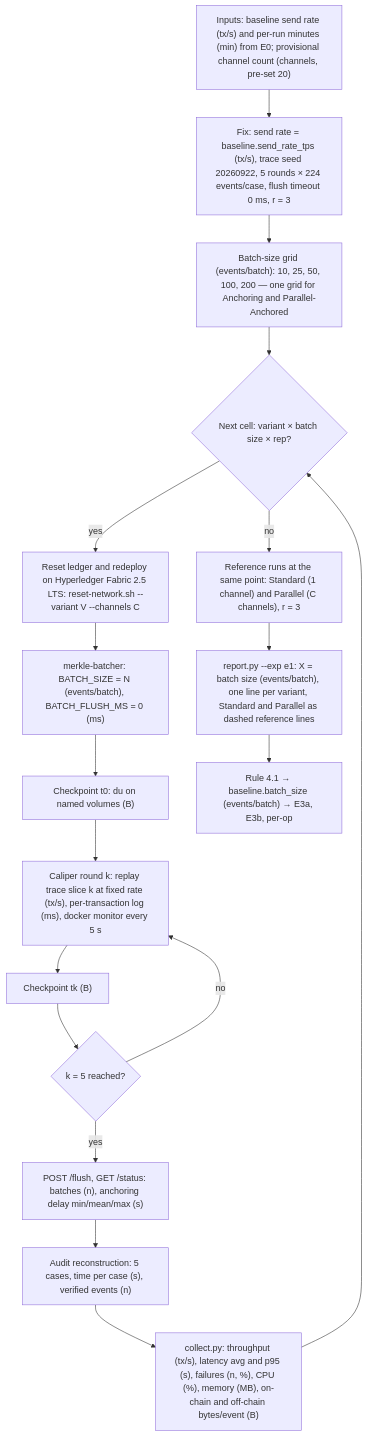
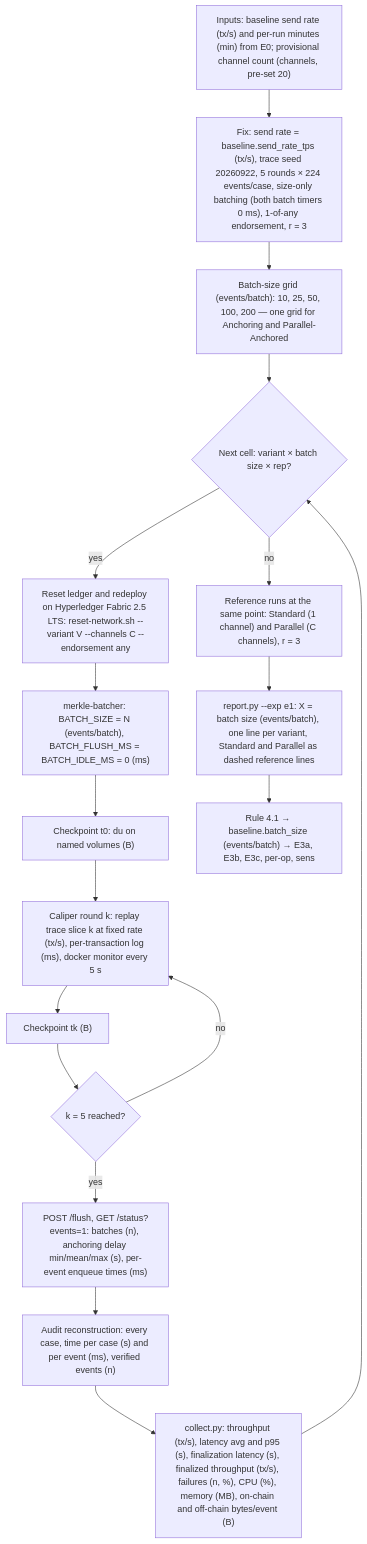
Before and after one commit to theflorist18/GLEIPNIR: the first of 3 diagrams in docs/methodology/experiments.md, drawn with Mermaid. The commit also changed other lines of this file and 56 other files, not shown here.

````diff
--- a/docs/methodology/experiments.md
+++ b/docs/methodology/experiments.md
@@ -246,20 +375,20 @@
 ```mermaid
 flowchart TD
-    A["Inputs: baseline send rate (tx/s) and per-run minutes (min) from E0; provisional channel count (channels, pre-set 20)"] --> B["Fix: send rate = baseline.send_rate_tps (tx/s), trace seed 20260922, 5 rounds × 224 events/case, flush timeout 0 ms, r = 3"]
+    A["Inputs: baseline send rate (tx/s) and per-run minutes (min) from E0; provisional channel count (channels, pre-set 20)"] --> B["Fix: send rate = baseline.send_rate_tps (tx/s), trace seed 20260922, 5 rounds × 224 events/case, size-only batching (both batch timers 0 ms), 1-of-any endorsement, r = 3"]
     B --> C["Batch-size grid (events/batch): 10, 25, 50, 100, 200 — one grid for Anchoring and Parallel-Anchored"]
     C --> D{"Next cell: variant × batch size × rep?"}
-    D -->|"yes"| E["Reset ledger and redeploy on Hyperledger Fabric 2.5 LTS: reset-network.sh --variant V --channels C"]
-    E --> F["merkle-batcher: BATCH_SIZE = N (events/batch), BATCH_FLUSH_MS = 0 (ms)"]
+    D -->|"yes"| E["Reset ledger and redeploy on Hyperledger Fabric 2.5 LTS: reset-network.sh --variant V --channels C --endorsement any"]
+    E --> F["merkle-batcher: BATCH_SIZE = N (events/batch), BATCH_FLUSH_MS = BATCH_IDLE_MS = 0 (ms)"]
     F --> G["Checkpoint t0: du on named volumes (B)"]
     G --> H["Caliper round k: replay trace slice k at fixed rate (tx/s), per-transaction log (ms), docker monitor every 5 s"]
     H --> I["Checkpoint tk (B)"]
     I --> J{"k = 5 reached?"}
     J -->|"no"| H
-    J -->|"yes"| K["POST /flush, GET /status: batches (n), anchoring delay min/mean/max (s)"]
-    K --> L["Audit reconstruction: 5 cases, time per case (s), verified events (n)"]
-    L --> M["collect.py: throughput (tx/s), latency avg and p95 (s), failures (n, %), CPU (%), memory (MB), on-chain and off-chain bytes/event (B)"]
+    J -->|"yes"| K["POST /flush, GET /status?events=1: batches (n), anchoring delay min/mean/max (s), per-event enqueue times (ms)"]
+    K --> L["Audit reconstruction: every case, time per case (s) and per event (ms), verified events (n)"]
+    L --> M["collect.py: throughput (tx/s), latency avg and p95 (s), finalization latency (s), finalized throughput (tx/s), failures (n, %), CPU (%), memory (MB), on-chain and off-chain bytes/event (B)"]
     M --> D
     D -->|"no"| N["Reference runs at the same point: Standard (1 channel) and Parallel (C channels), r = 3"]
     N --> O["report.py --exp e1: X = batch size (events/batch), one line per variant, Standard and Parallel as dashed reference lines"]
-    O --> P["Rule 4.1 → baseline.batch_size (events/batch) → E3a, E3b, per-op"]
+    O --> P["Rule 4.1 → baseline.batch_size (events/batch) → E3a, E3b, E3c, per-op, sens"]
 ```
````
